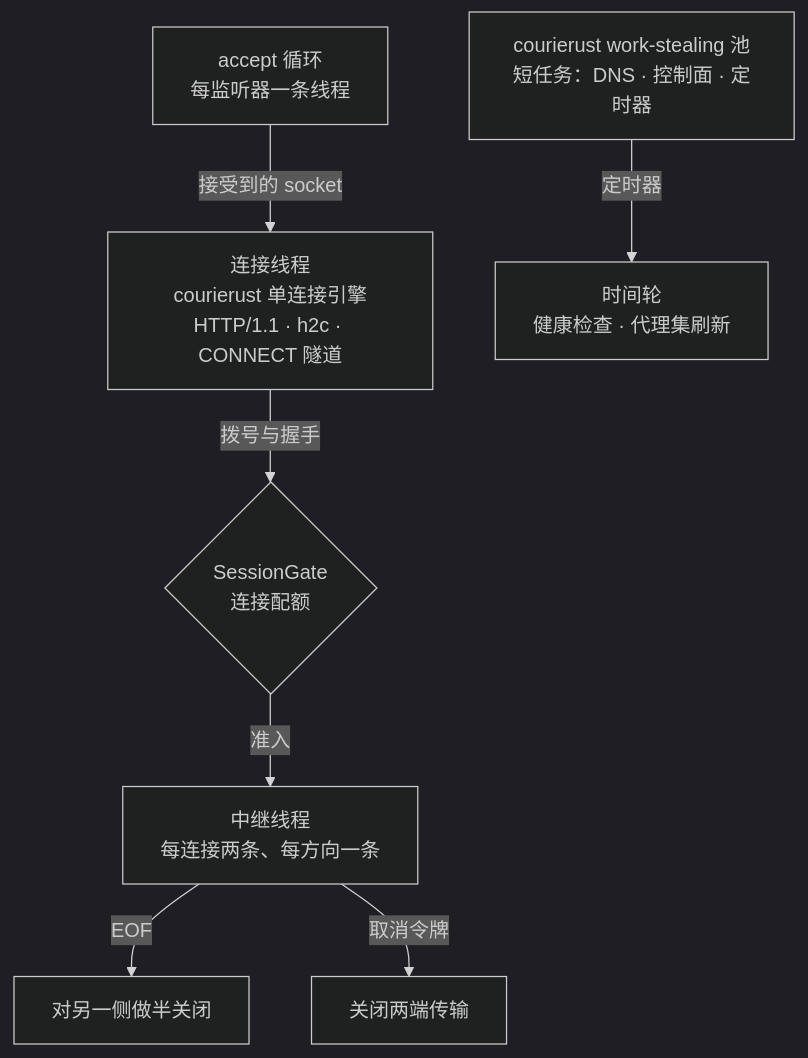
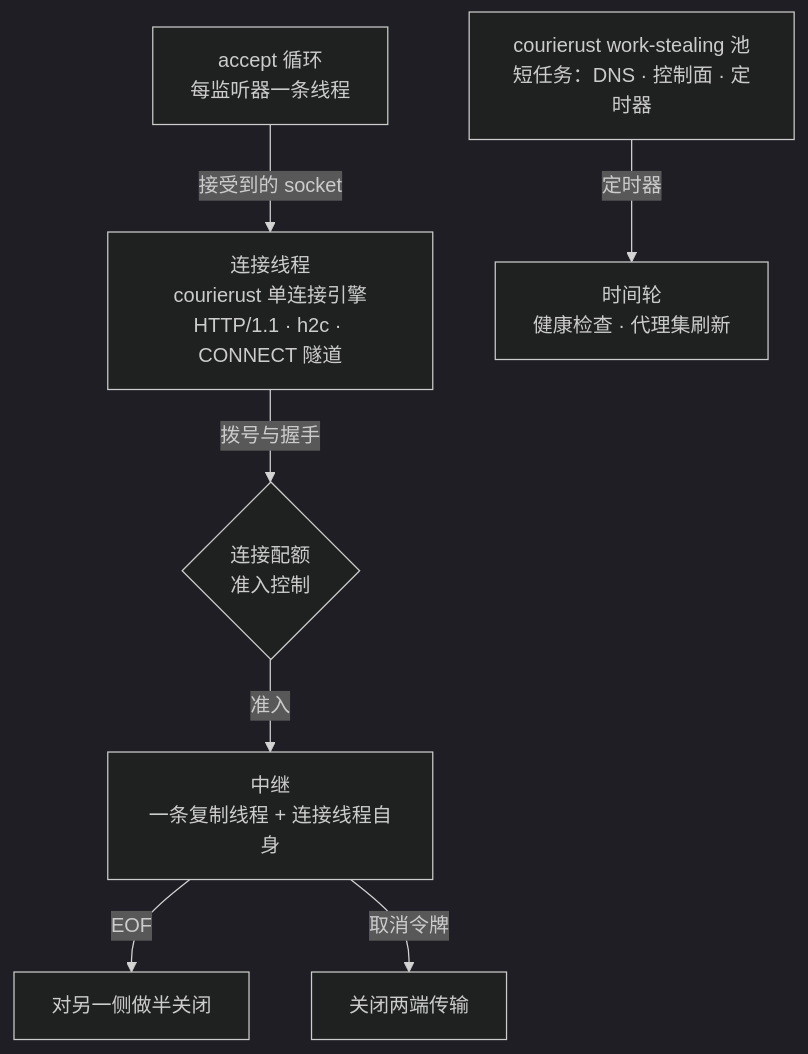
The second of 3 diagrams in README.zh-CN.md (blueokanna/Corduit), drawn with Mermaid (dark theme) before and after one commit. The commit also changed other lines of this file and 16 other files, not shown here.

````diff
--- a/README.zh-CN.md
+++ b/README.zh-CN.md
@@ -66,9 +66,9 @@
 ```mermaid
 flowchart TB
     L["accept 循环<br/>每监听器一条线程"] -->|接受到的 socket| S["连接线程<br/>courierust 单连接引擎<br/>HTTP/1.1 · h2c · CONNECT 隧道"]
-    S -->|拨号与握手| G{"SessionGate<br/>连接配额"}
-    G -->|准入| R["中继线程<br/>每连接两条、每方向一条"]
+    S -->|拨号与握手| G{"连接配额<br/>准入控制"}
+    G -->|准入| R["中继<br/>一条复制线程 + 连接线程自身"]
     R -->|EOF| HC["对另一侧做半关闭"]
     R -->|取消令牌| SD["关闭两端传输"]
     P["courierust work-stealing 池<br/>短任务：DNS · 控制面 · 定时器"] -->|定时器| T["时间轮<br/>健康检查 · 代理集刷新"]
 ```
````
